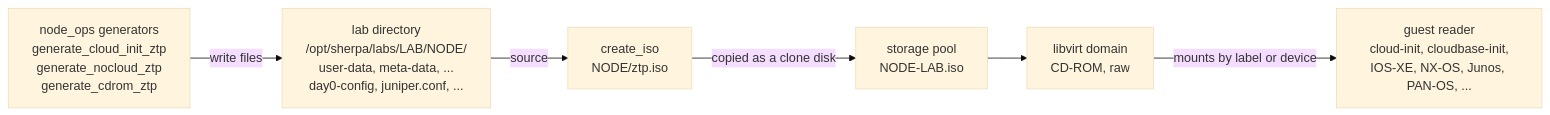
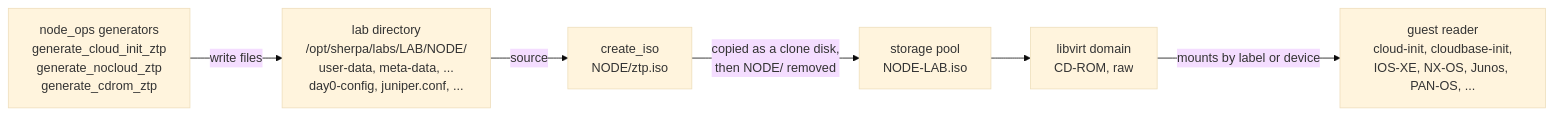
Before and after one commit to bwks/sherpa: the first of 5 diagrams in docs/architecture/ZTP_ISO.md, drawn with Mermaid (base theme). The commit also changed other lines of this file and 3 other files, not shown here.

````diff
--- a/docs/architecture/ZTP_ISO.md
+++ b/docs/architecture/ZTP_ISO.md
@@ -38,14 +38,14 @@
 ```mermaid
 flowchart LR
     gen["node_ops generators<br/>generate_cloud_init_ztp<br/>generate_nocloud_ztp<br/>generate_cdrom_ztp"]
     dir["lab directory<br/>/opt/sherpa/labs/LAB/NODE/<br/>user-data, meta-data, ...<br/>day0-config, juniper.conf, ..."]
     iso["create_iso<br/>NODE/ztp.iso"]
     pool["storage pool<br/>NODE-LAB.iso"]
     vm["libvirt domain<br/>CD-ROM, raw"]
     guest["guest reader<br/>cloud-init, cloudbase-init,<br/>IOS-XE, NX-OS, Junos, PAN-OS, ..."]
     gen -->|"write files"| dir
     dir -->|"source"| iso
-    iso -->|"copied as a clone disk"| pool
+    iso -->|"copied as a clone disk,<br/>then NODE/ removed"| pool
     pool --> vm
     vm -->|"mounts by label or device"| guest
 ```
````
